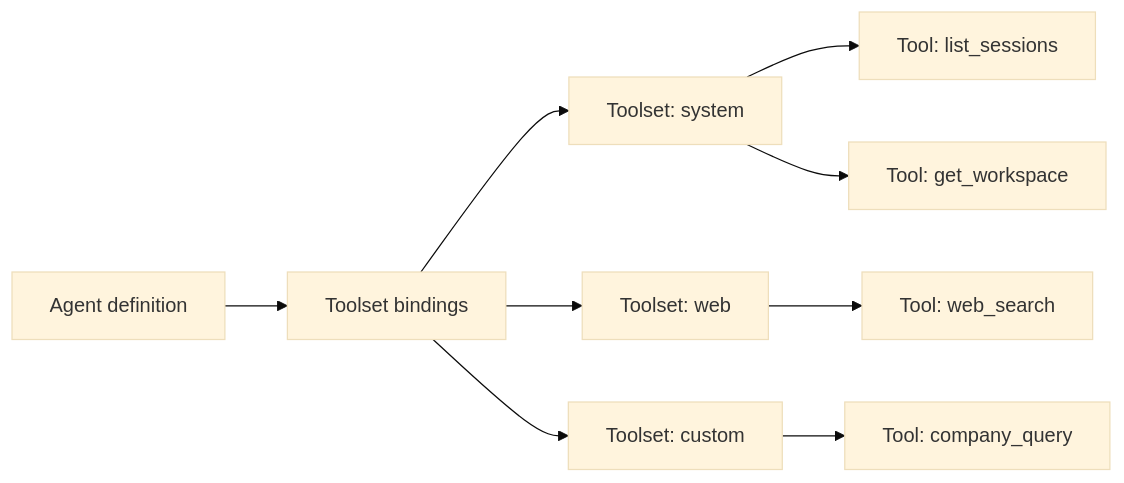
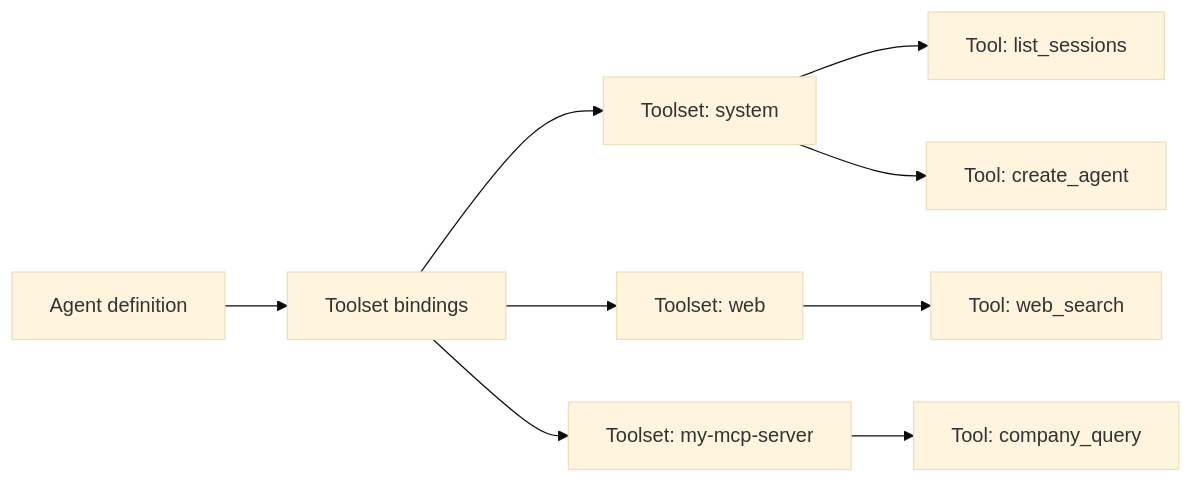
Before and after one commit to primerhq/primer: the diagram in primer/user_docs/concepts/toolsets-and-tools.md, drawn with Mermaid (base theme). The commit also changed other lines of this file and 5 other files, not shown here.

Commit message:
docs(concepts): rewrite agent, sessions, chats, workspaces, toolsets, triggers (UI-agnostic)

````diff
--- a/primer/user_docs/concepts/toolsets-and-tools.md
+++ b/primer/user_docs/concepts/toolsets-and-tools.md
@@ -30,12 +43,12 @@
 ```mermaid
 flowchart LR
-  Agent[Agent definition]
-  Agent --> Bindings[Toolset bindings]
-  Bindings --> SystemTS[Toolset: system]
-  Bindings --> WebTS[Toolset: web]
-  Bindings --> CustomTS[Toolset: custom]
-  SystemTS --> Tool1[Tool: list_sessions]
-  SystemTS --> Tool2[Tool: get_workspace]
-  WebTS --> Tool3[Tool: web_search]
-  CustomTS --> Tool4[Tool: company_query]
+    Agent[Agent definition]
+    Agent --> Bindings[Toolset bindings]
+    Bindings --> SystemTS[Toolset: system]
+    Bindings --> WebTS[Toolset: web]
+    Bindings --> MCPTS[Toolset: my-mcp-server]
+    SystemTS --> T1[Tool: list_sessions]
+    SystemTS --> T2[Tool: create_agent]
+    WebTS --> T3[Tool: web_search]
+    MCPTS --> T4[Tool: company_query]
 ```
````
